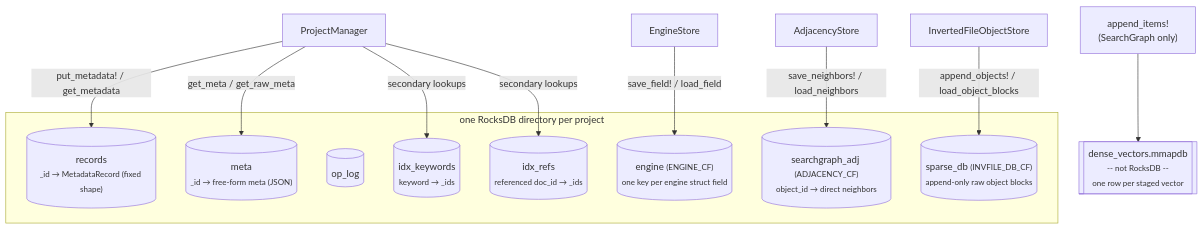
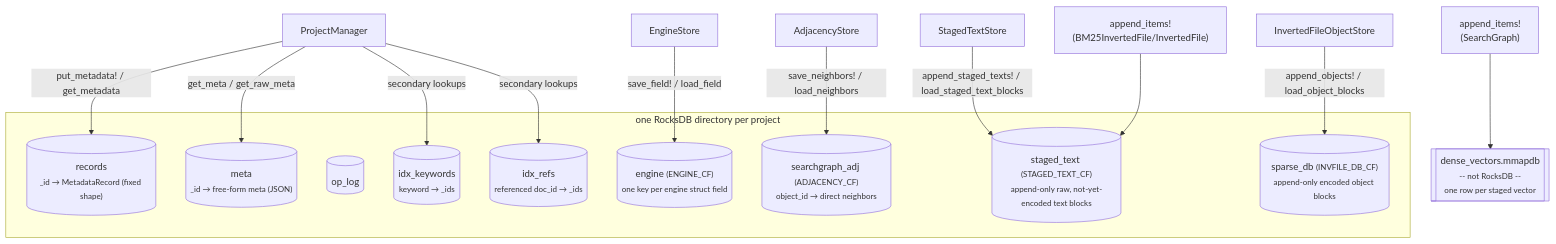
The fifth of 8 diagrams in manual/architecture.qmd (sadit/SimilaritySearchEngine.jl), drawn with Mermaid before and after one commit. The commit also changed other lines of this file and 12 other files, not shown here.

````diff
--- a/manual/architecture.qmd
+++ b/manual/architecture.qmd
@@ -231,23 +286,26 @@
 ```{mermaid}
 flowchart TB
     subgraph db["one RocksDB directory per project"]
         records[("records<br/><small>_id → MetadataRecord (fixed shape)</small>")]
         meta[("meta<br/><small>_id → free-form meta (JSON)</small>")]
         oplog[("op_log")]
         idxkw[("idx_keywords<br/><small>keyword → _ids</small>")]
         idxrefs[("idx_refs<br/><small>referenced doc_id → _ids</small>")]
         engine[("engine <small>(ENGINE_CF)</small><br/><small>one key per engine struct field</small>")]
         adj[("searchgraph_adj <small>(ADJACENCY_CF)</small><br/><small>object_id → direct neighbors</small>")]
-        sparsedb[("sparse_db <small>(INVFILE_DB_CF)</small><br/><small>append-only raw object blocks</small>")]
+        stagedtext[("staged_text <small>(STAGED_TEXT_CF)</small><br/><small>append-only raw, not-yet-encoded text blocks</small>")]
+        sparsedb[("sparse_db <small>(INVFILE_DB_CF)</small><br/><small>append-only encoded object blocks</small>")]
     end
     mmapfile[["dense_vectors.mmapdb<br/><small>-- not RocksDB --<br/>one row per staged vector</small>"]]
 
     ProjectManager -- "put_metadata! / get_metadata" --> records
     ProjectManager -- "get_meta / get_raw_meta" --> meta
     ProjectManager -- "secondary lookups" --> idxkw
     ProjectManager -- "secondary lookups" --> idxrefs
     EngineStore -- "save_field! / load_field" --> engine
     AdjacencyStore -- "save_neighbors! / load_neighbors" --> adj
+    StagedTextStore -- "append_staged_texts! / load_staged_text_blocks" --> stagedtext
     InvertedFileObjectStore -- "append_objects! / load_object_blocks" --> sparsedb
-    append_items_dense["append_items!<br/>(SearchGraph only)"] --> mmapfile
+    append_items_dense["append_items!<br/>(SearchGraph)"] --> mmapfile
+    append_items_text["append_items!<br/>(BM25InvertedFile/InvertedFile)"] --> stagedtext
 ```
````
